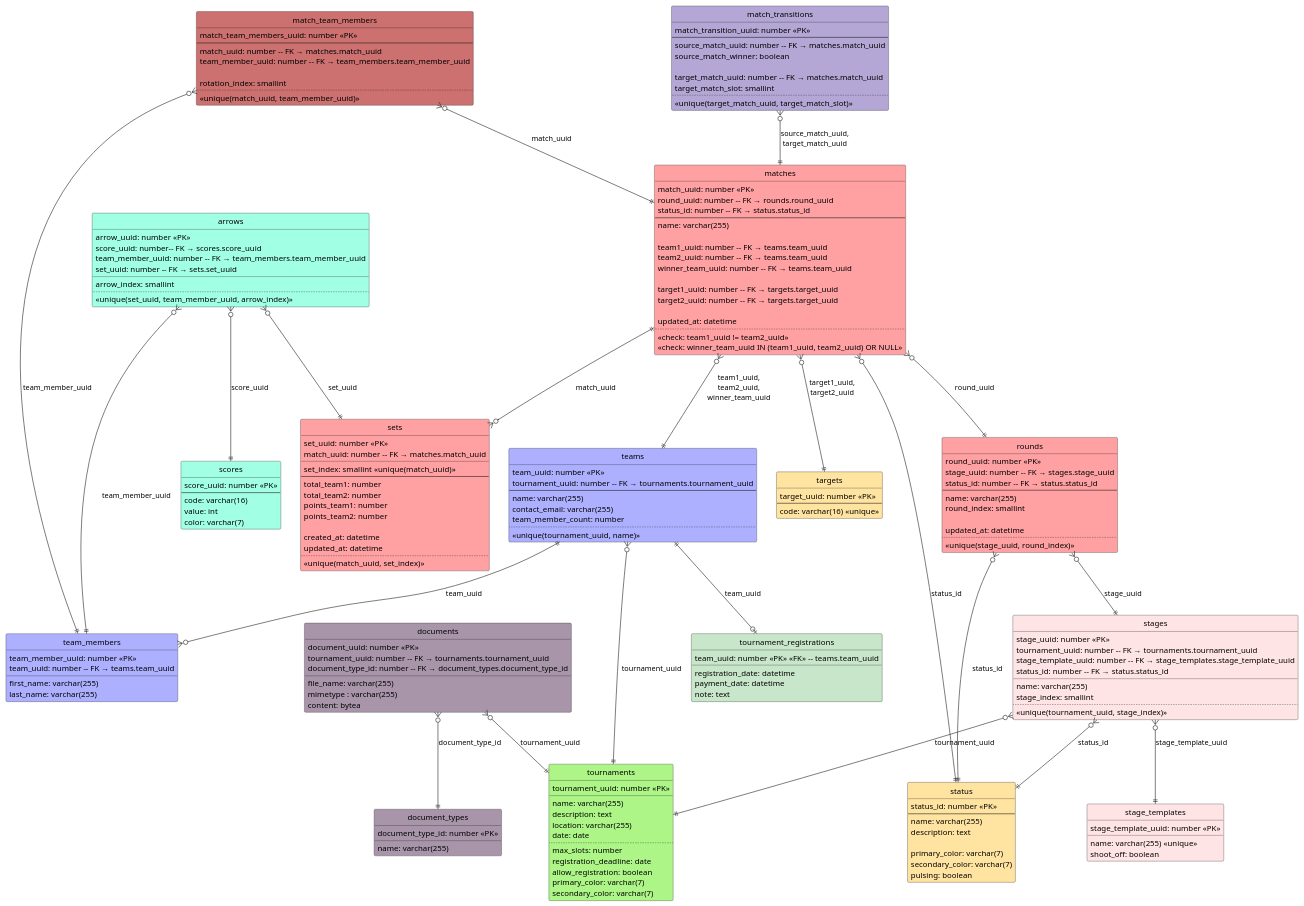
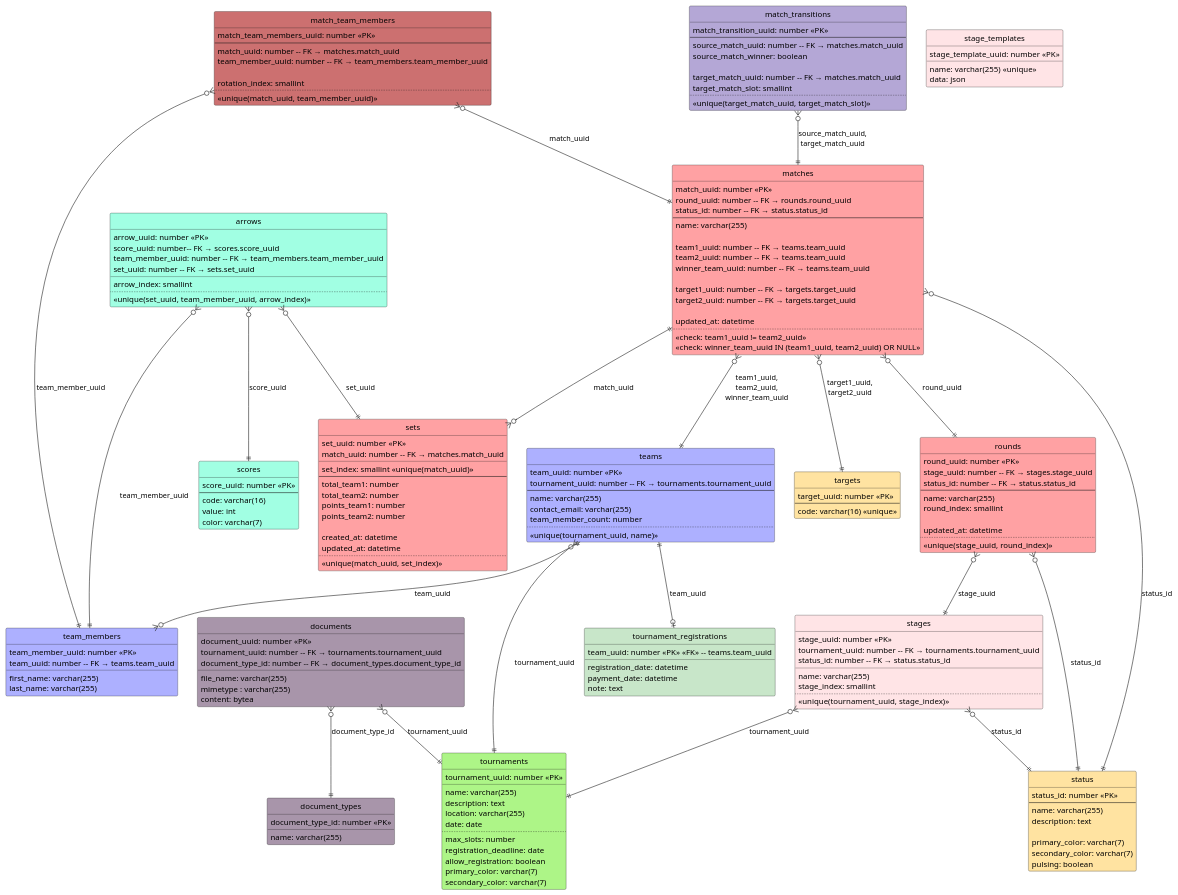
One commit to SV-Scherenbostel-Bogensport/archery-team-tournament-backend changed the diagram in structure.puml. Above: the diagram before and after it, drawn with PlantUML. The commit also changed 5 other files, not shown here.

First line of the commit message:
Migrate stage template to JSON; add match shootOff

```diff
--- a/structure.puml
+++ b/structure.puml
@@ -52,7 +52,6 @@
 entity "stages" as stages #ffe4e6 {
     stage_uuid: number <<PK>>
     tournament_uuid: number -- FK → tournaments.tournament_uuid
-    stage_template_uuid: number -- FK → stage_templates.stage_template_uuid
     status_id: number -- FK → status.status_id
     __
     name: varchar(255)
@@ -65,7 +64,7 @@
     stage_template_uuid: number <<PK>>
     __
     name: varchar(255) <<unique>>
-    shoot_off: boolean
+    data: json
 }
 
 
@@ -227,7 +226,6 @@
 
 stages }o--|| status : "status_id"
 stages }o--|| tournaments : "tournament_uuid"
-stages }o--|| stage_templates : "stage_template_uuid"
 
 documents }o--|| document_types : "document_type_id"
 documents }o--|| tournaments : "tournament_uuid"
```
